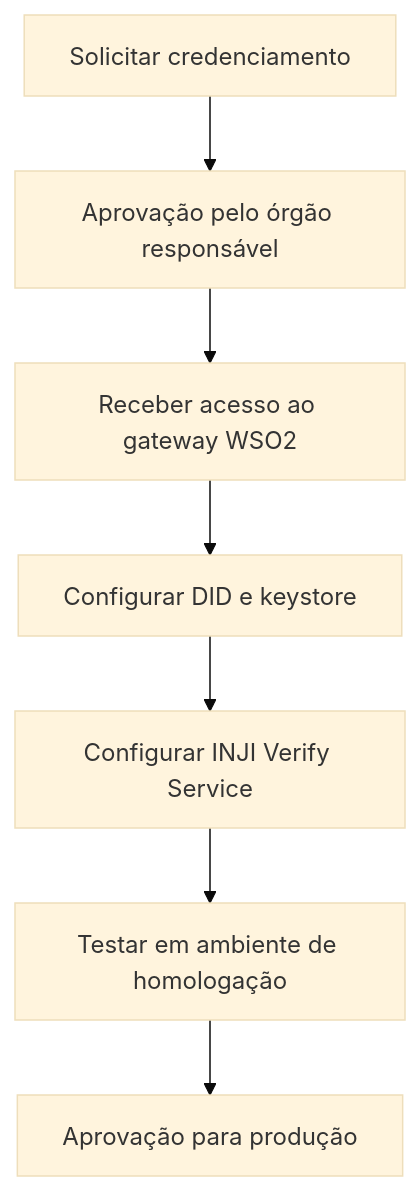
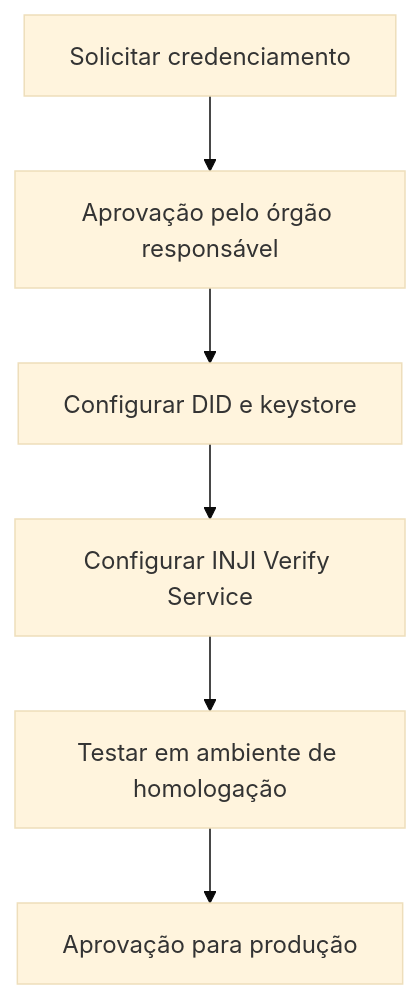
One commit to infraestrutura-digital/verificaidade_dev changed the diagram in onboarding.qmd. Above: the diagram before and after it, drawn with Mermaid (base theme). The commit also changed other lines of this file, not shown here.

Commit message:
Retirada das referências ao WSO2

````diff
--- a/onboarding.qmd
+++ b/onboarding.qmd
@@ -19,9 +19,8 @@
 ```{mermaid}
 flowchart TD
-    A[Solicitar credenciamento] --> B[Aprovação pelo órgão responsável]
-    B --> C[Receber acesso ao gateway WSO2]
+    A[Solicitar credenciamento] --> C[Aprovação pelo órgão responsável]
     C --> D[Configurar DID e keystore]
     D --> E[Configurar INJI Verify Service]
     E --> F[Testar em ambiente de homologação]
     F --> G[Aprovação para produção]
 ```
````
